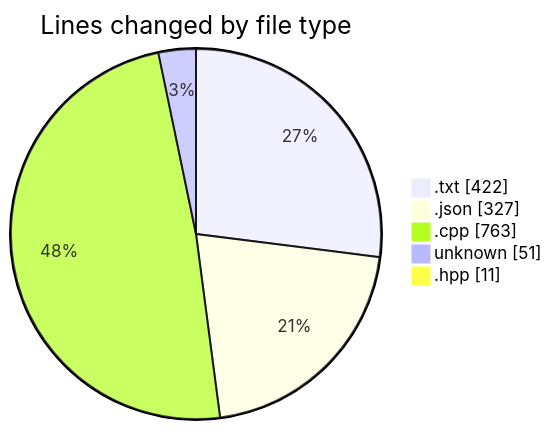
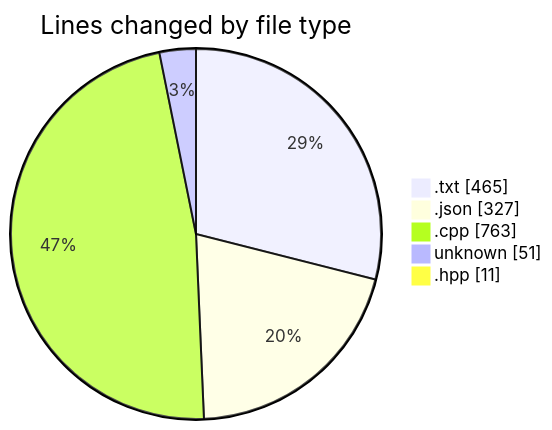
The first of 2 diagrams in 2025-04-07/echo/README.md (Netris89/code-tracking), drawn with Mermaid before and after one commit. The commit also changed other lines of this file and 1 other file, not shown here.

````diff
--- a/2025-04-07/echo/README.md
+++ b/2025-04-07/echo/README.md
@@ -29,9 +29,9 @@
 ```mermaid
 pie showData
 title Lines changed by file type
-".txt" : 422
+".txt" : 465
 ".json" : 327
 ".cpp" : 763
 "unknown" : 51
 ".hpp" : 11
 ```
````
